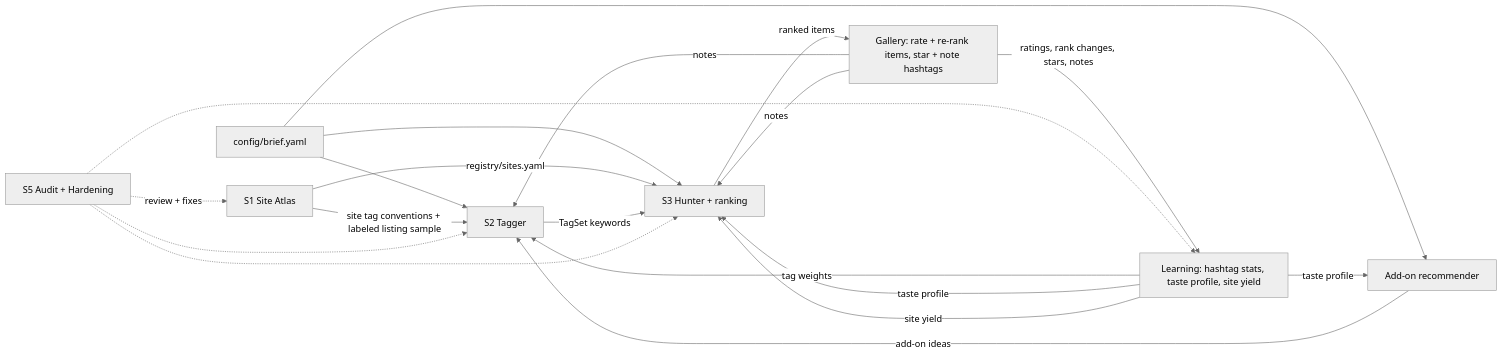
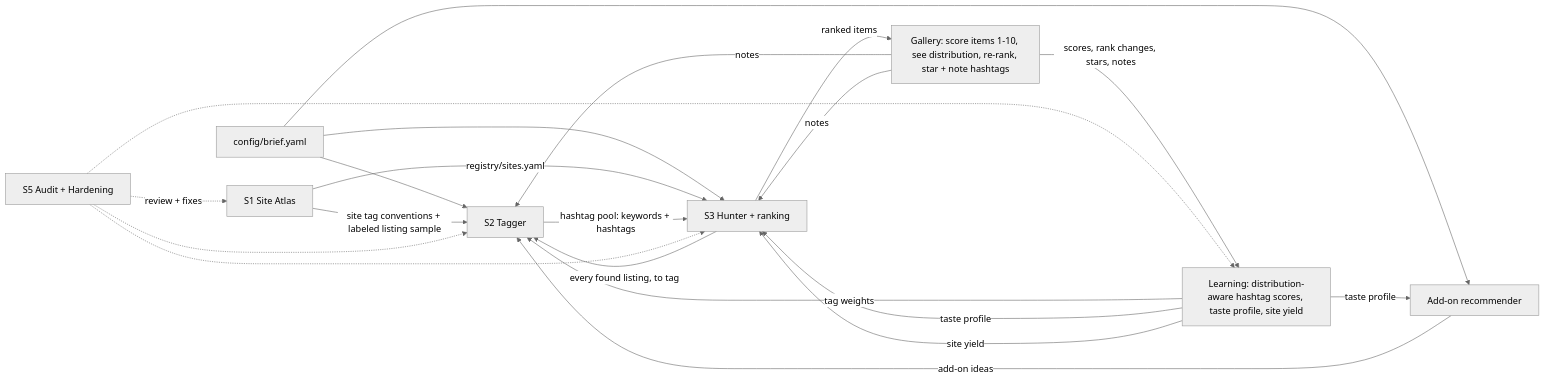
The diagram in docs/ROADMAP.md (PaddyMurphy56/Costume-), drawn with Mermaid (neutral theme) before and after one commit. The commit also changed other lines of this file and 3 other files, not shown here.

First line of the commit message:
Score items 1-10 with a distribution view; shopper tags every find

````diff
--- a/docs/ROADMAP.md
+++ b/docs/ROADMAP.md
@@ -43,31 +43,32 @@
 ```mermaid
 flowchart LR
   brief["config/brief.yaml"]
   A["S1 Site Atlas"]
   B["S2 Tagger"]
   C["S3 Hunter + ranking"]
-  G["Gallery: rate + re-rank items, star + note hashtags"]
-  L["Learning: hashtag stats, taste profile, site yield"]
+  G["Gallery: score items 1-10, see distribution, re-rank, star + note hashtags"]
+  L["Learning: distribution-aware hashtag scores, taste profile, site yield"]
   R["Add-on recommender"]
   E["S5 Audit + Hardening"]
 
   brief --> B
   brief --> C
   brief --> R
   A -->|"site tag conventions + labeled listing sample"| B
   A -->|"registry/sites.yaml"| C
-  B -->|"TagSet keywords"| C
+  B -->|"hashtag pool: keywords + hashtags"| C
+  C -->|"every found listing, to tag"| B
   C -->|"ranked items"| G
   R -->|"add-on ideas"| B
-  G -->|"ratings, rank changes, stars, notes"| L
+  G -->|"scores, rank changes, stars, notes"| L
   G -->|"notes"| B
   G -->|"notes"| C
   L -->|"tag weights"| B
   L -->|"taste profile"| C
   L -->|"site yield"| C
   L -->|"taste profile"| R
   E -.->|"review + fixes"| A
   E -.-> B
   E -.-> C
   E -.-> L
 ```
````
